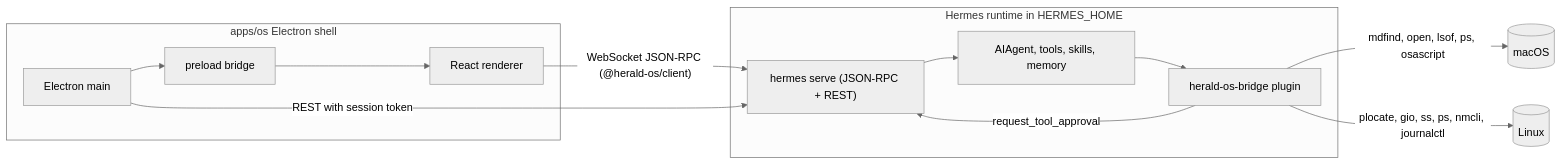
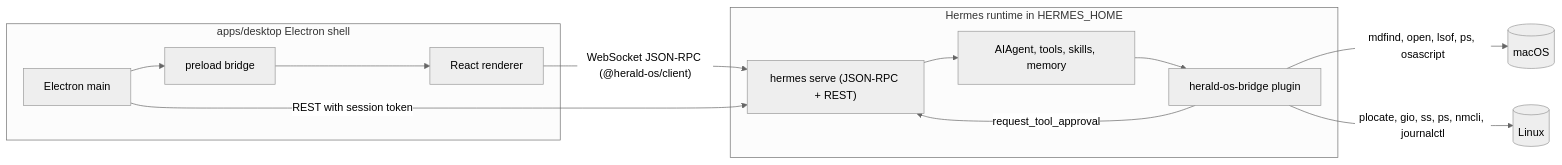
The diagram in docs/ARCHITECTURE.md (BlueDragon4251/HAOS), drawn with Mermaid (neutral theme) before and after one commit. The commit also changed other lines of this file and 370 other files, not shown here.

First line of the commit message:
Reorganize for contributors: apps/desktop, src/shell, src/features

````diff
--- a/docs/ARCHITECTURE.md
+++ b/docs/ARCHITECTURE.md
@@ -21,20 +21,20 @@
 ```mermaid
 flowchart LR
-  subgraph shell [apps/os Electron shell]
+  subgraph shell [apps/desktop Electron shell]
     Main[Electron main]
     Preload[preload bridge]
     Renderer[React renderer]
     Main --> Preload --> Renderer
   end
   subgraph runtime [Hermes runtime in HERMES_HOME]
     Serve["hermes serve (JSON-RPC + REST)"]
     Agent[AIAgent, tools, skills, memory]
     Bridge[herald-os-bridge plugin]
     Serve --> Agent --> Bridge
   end
   Renderer -->|"WebSocket JSON-RPC (@herald-os/client)"| Serve
   Main -->|"REST with session token"| Serve
   Bridge -->|"request_tool_approval"| Serve
   Bridge -->|"mdfind, open, lsof, ps, osascript"| macOS[(macOS)]
   Bridge -->|"plocate, gio, ss, ps, nmcli, journalctl"| Linux[(Linux)]
 ```
````
